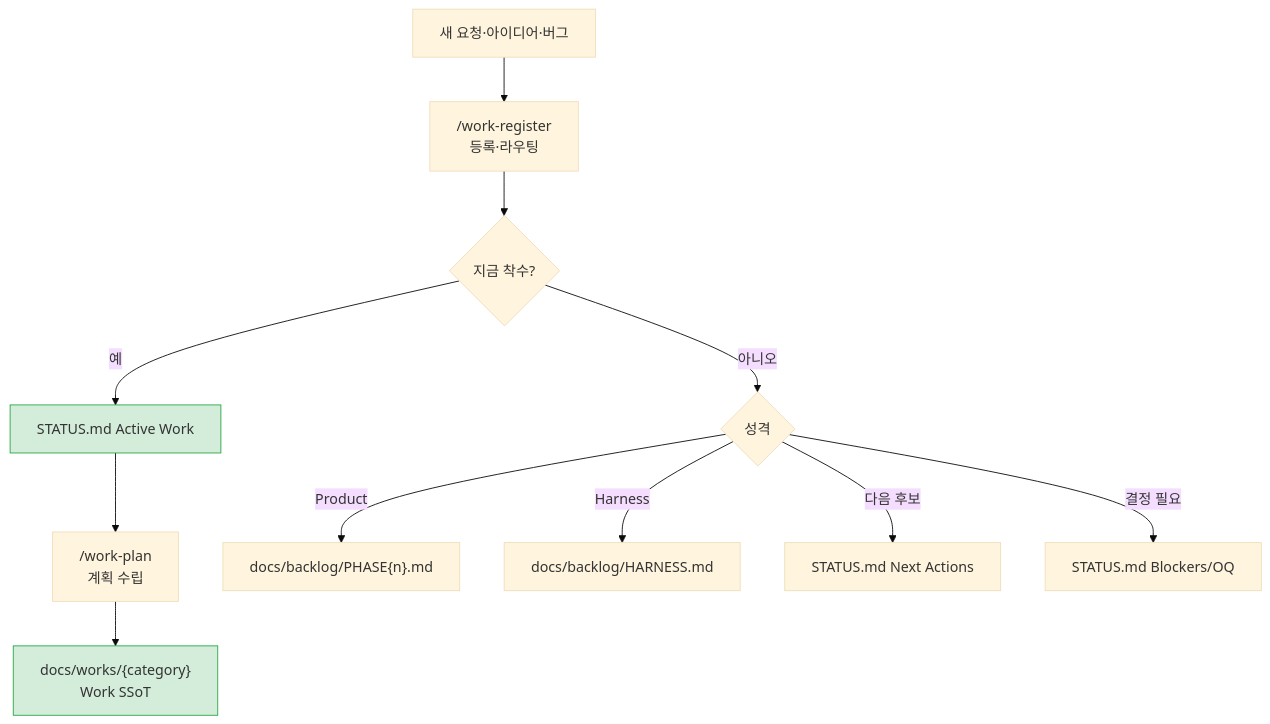
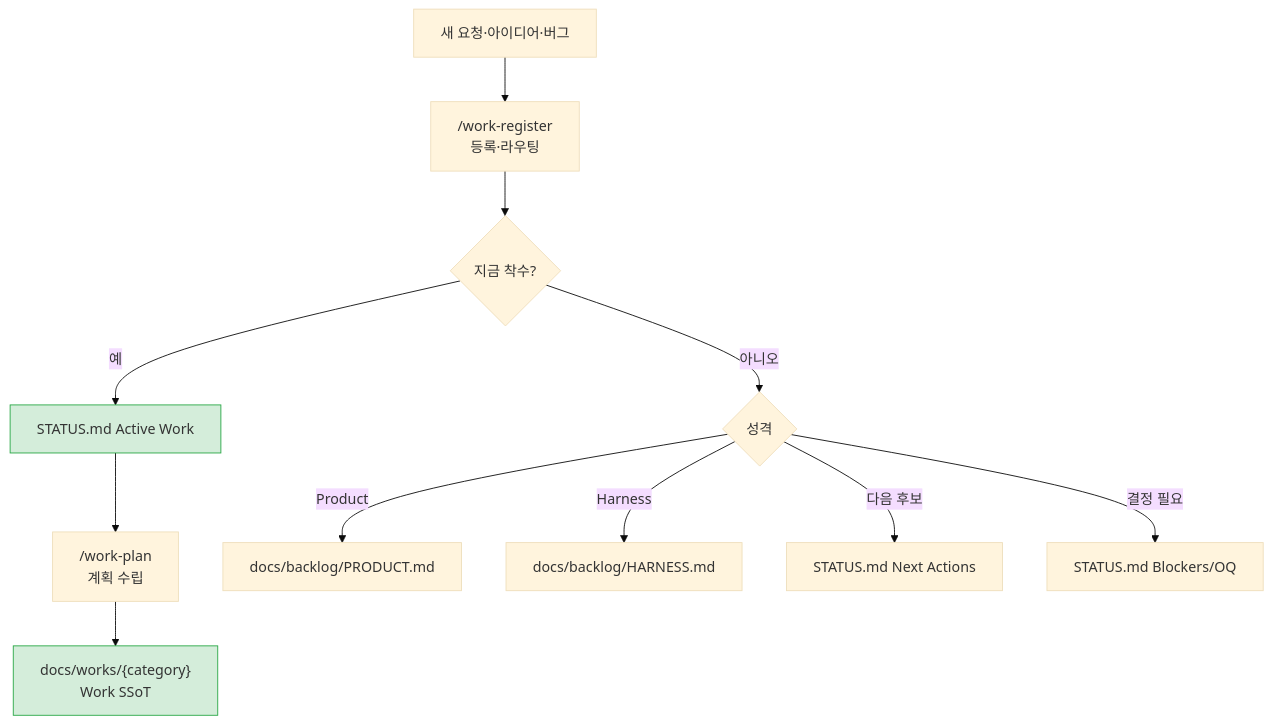
Before and after one commit to kyungseo/ai-workflow-harness: the fourth of 4 diagrams in README.md, drawn with Mermaid (base theme). The commit also changed other lines of this file and 35 other files, not shown here.

First line of the commit message:
refactor: Product track 네이밍 PHASE{n}→PRODUCT 대칭 전환 + phase optional (DR-031, CHORE-20260609-005) (#120)

````diff
--- a/README.md
+++ b/README.md
@@ -347,16 +347,16 @@
 ```mermaid
 flowchart TD
     NEW["새 요청·아이디어·버그"] --> REGISTER["/work-register\n등록·라우팅"]
     REGISTER --> NOW{"지금 착수?"}
     NOW -- "예" --> ACTIVE["STATUS.md Active Work"]
     ACTIVE --> PLAN["/work-plan\n계획 수립"]
     PLAN --> WORK["docs/works/{category}\nWork SSoT"]
     NOW -- "아니오" --> TYPE{"성격"}
-    TYPE -- "Product" --> PHASE["docs/backlog/PHASE{n}.md"]
+    TYPE -- "Product" --> PHASE["docs/backlog/PRODUCT.md"]
     TYPE -- "Harness" --> HARNESS["docs/backlog/HARNESS.md"]
     TYPE -- "다음 후보" --> NEXT["STATUS.md Next Actions"]
     TYPE -- "결정 필요" --> OQ["STATUS.md Blockers/OQ"]
 
     style ACTIVE fill:#d4edda,stroke:#28a745
     style WORK fill:#d4edda,stroke:#28a745
 ```
````
